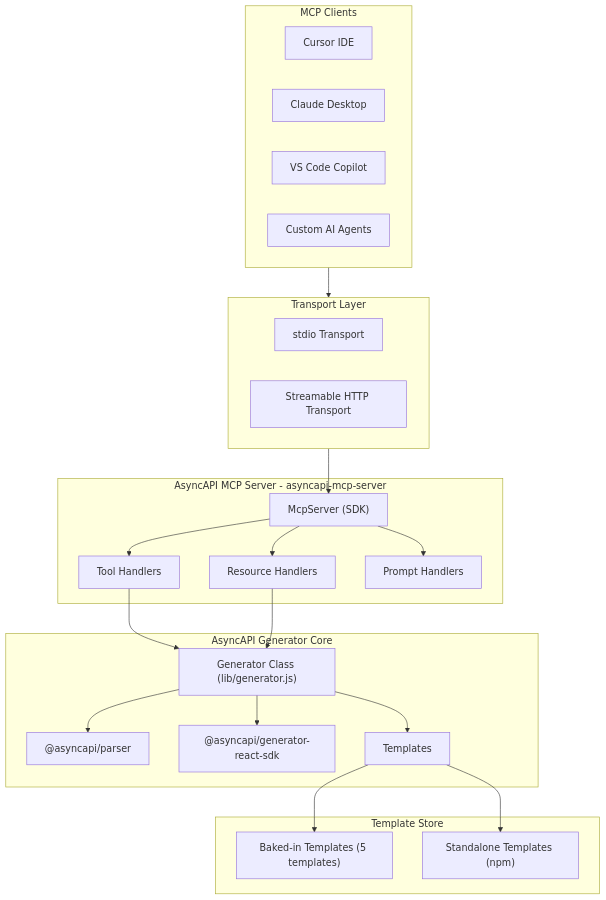
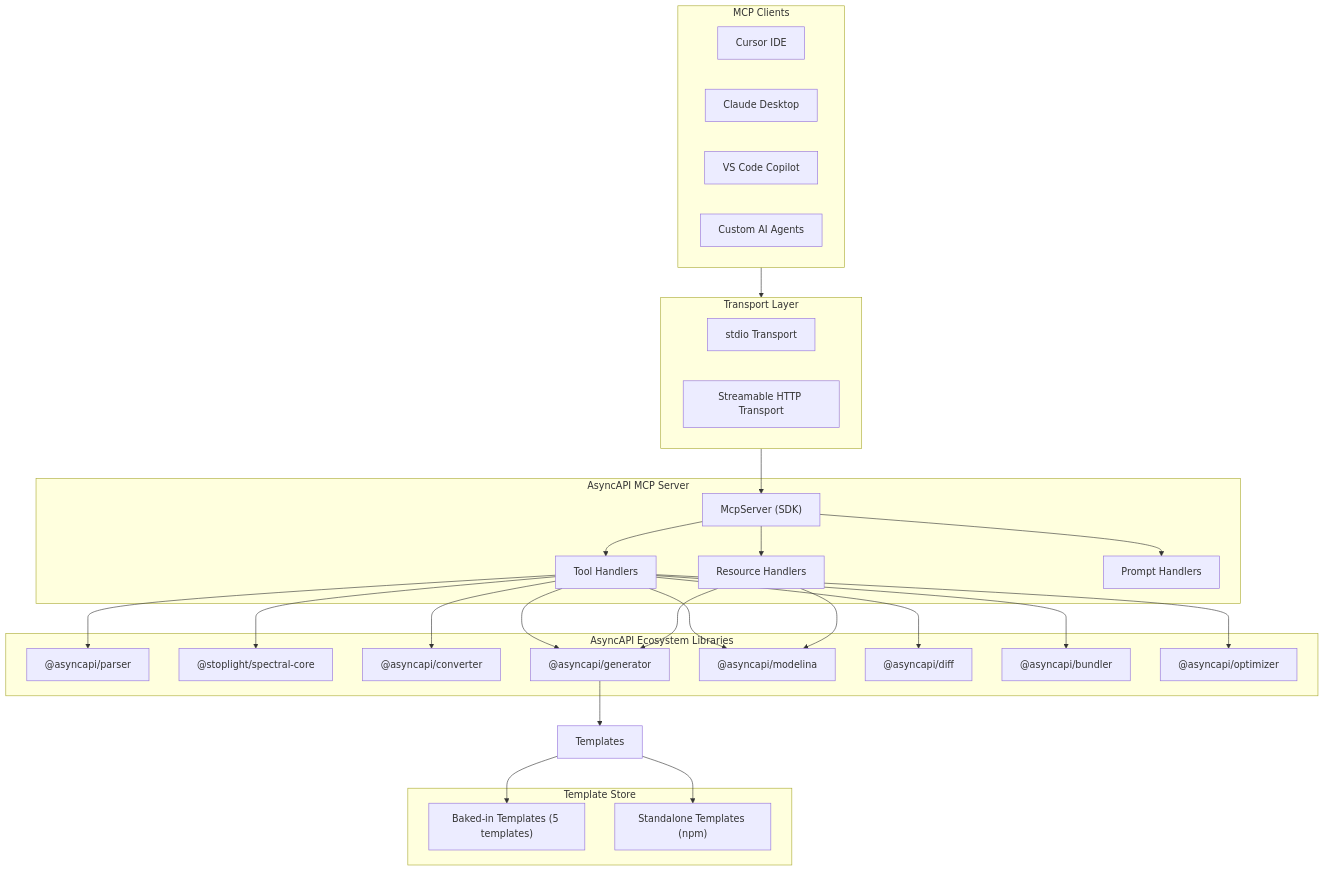
The diagram in research.md (Adi-204/asyncapi-mcp-server), drawn with Mermaid before and after one commit. The commit also changed other lines of this file and 22 other files, not shown here.

Commit message:
feat: add Spectral lint, move APIs under src/api, unify fixtures

````diff
--- a/research.md
+++ b/research.md
@@ -150,46 +223,56 @@
 ```mermaid
 graph TB
     subgraph clients [MCP Clients]
         Cursor[Cursor IDE]
         Claude[Claude Desktop]
         VSCode[VS Code Copilot]
         Custom[Custom AI Agents]
     end
 
     subgraph transport [Transport Layer]
         STDIO[stdio Transport]
         HTTP[Streamable HTTP Transport]
     end
 
-    subgraph mcpServer [AsyncAPI MCP Server - asyncapi-mcp-server]
+    subgraph mcpServer [AsyncAPI MCP Server]
         McpServerCore["McpServer (SDK)"]
         ToolHandlers[Tool Handlers]
         ResourceHandlers[Resource Handlers]
         PromptHandlers[Prompt Handlers]
     end
 
-    subgraph generatorCore [AsyncAPI Generator Core]
-        GeneratorLib["Generator Class (lib/generator.js)"]
+    subgraph asyncapiLibs [AsyncAPI Ecosystem Libraries]
         ParserLib["@asyncapi/parser"]
-        ReactSDK["@asyncapi/generator-react-sdk"]
-        Templates[Templates]
+        SpectralLib["@stoplight/spectral-core"]
+        ConverterLib["@asyncapi/converter"]
+        GeneratorLib["@asyncapi/generator"]
+        ModelinaLib["@asyncapi/modelina"]
+        DiffLib["@asyncapi/diff"]
+        BundlerLib["@asyncapi/bundler"]
+        OptimizerLib["@asyncapi/optimizer"]
     end
 
     subgraph templateStore [Template Store]
         BakedIn["Baked-in Templates (5 templates)"]
         Standalone["Standalone Templates (npm)"]
     end
 
     clients --> transport
     transport --> McpServerCore
     McpServerCore --> ToolHandlers
     McpServerCore --> ResourceHandlers
     McpServerCore --> PromptHandlers
+    ToolHandlers --> ParserLib
+    ToolHandlers --> SpectralLib
+    ToolHandlers --> ConverterLib
     ToolHandlers --> GeneratorLib
+    ToolHandlers --> ModelinaLib
+    ToolHandlers --> DiffLib
+    ToolHandlers --> BundlerLib
+    ToolHandlers --> OptimizerLib
     ResourceHandlers --> GeneratorLib
-    GeneratorLib --> ParserLib
-    GeneratorLib --> ReactSDK
+    ResourceHandlers --> ModelinaLib
     GeneratorLib --> Templates
     Templates --> BakedIn
     Templates --> Standalone
 ```
````
